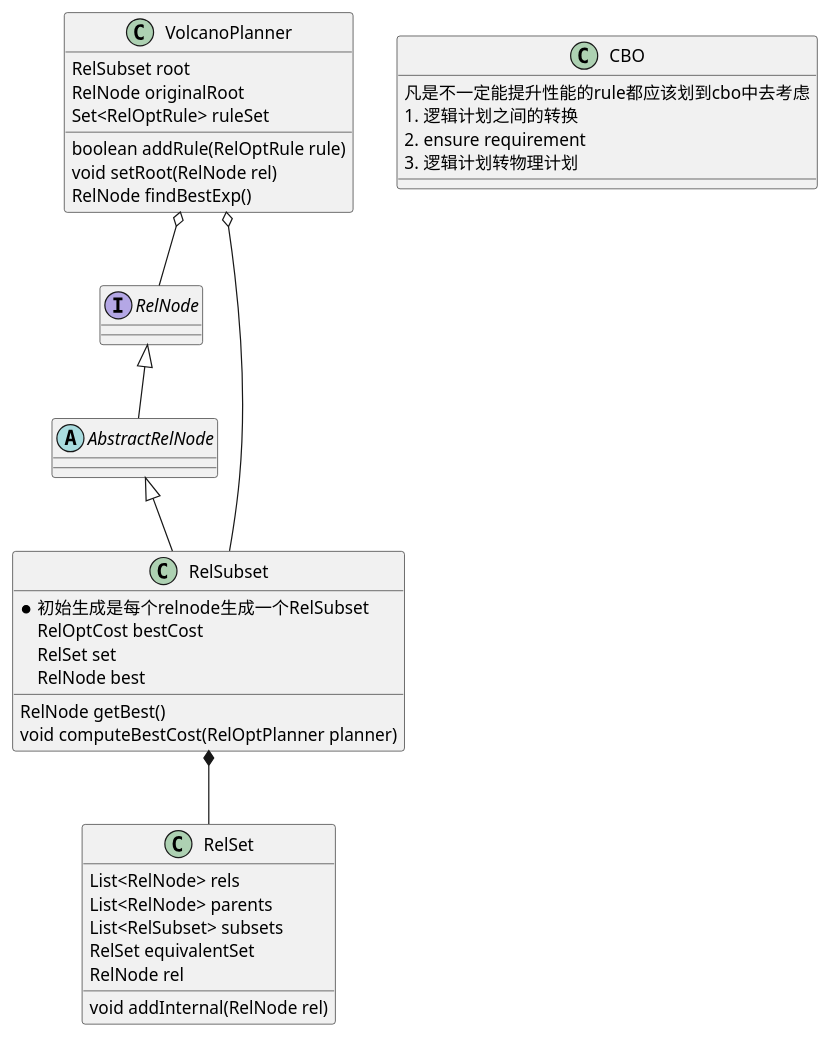
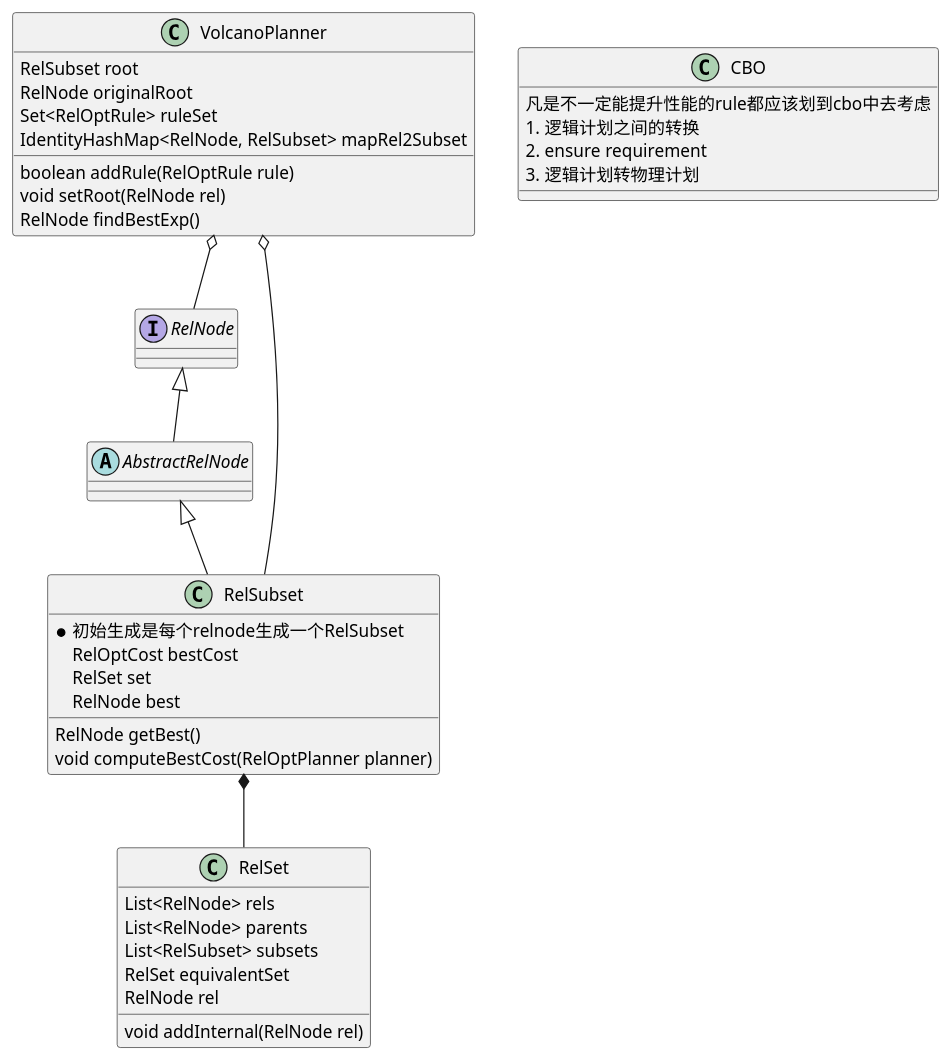
One commit to scwf/calcite changed the diagram in CBOClass.puml. Above: the diagram before and after it, drawn with PlantUML.

Commit message:
add field

```diff
--- a/CBOClass.puml
+++ b/CBOClass.puml
@@ -1,47 +1,48 @@
 @startuml
 
 interface RelNode
 abstract AbstractRelNode
 
 RelNode <|-- AbstractRelNode
 AbstractRelNode <|-- RelSubset
 RelSubset *-- RelSet
 VolcanoPlanner o-- RelSubset
 VolcanoPlanner o-- RelNode
 
 class RelSubset {
 *初始生成是每个relnode生成一个RelSubset
 RelOptCost bestCost
 RelSet set
 RelNode best
 RelNode getBest()
 void computeBestCost(RelOptPlanner planner)
 }
 
 class RelSet {
 List<RelNode> rels
 List<RelNode> parents
 List<RelSubset> subsets
 RelSet equivalentSet
 RelNode rel
 void addInternal(RelNode rel)
 }
 
 class VolcanoPlanner {
   RelSubset root
   RelNode originalRoot
   Set<RelOptRule> ruleSet
+  IdentityHashMap<RelNode, RelSubset> mapRel2Subset
 
   boolean addRule(RelOptRule rule)
   void setRoot(RelNode rel)
   RelNode findBestExp()
 }
 
 class CBO {
   凡是不一定能提升性能的rule都应该划到cbo中去考虑
   1. 逻辑计划之间的转换
   2. ensure requirement
   3. 逻辑计划转物理计划
 }
 
 @enduml
```
